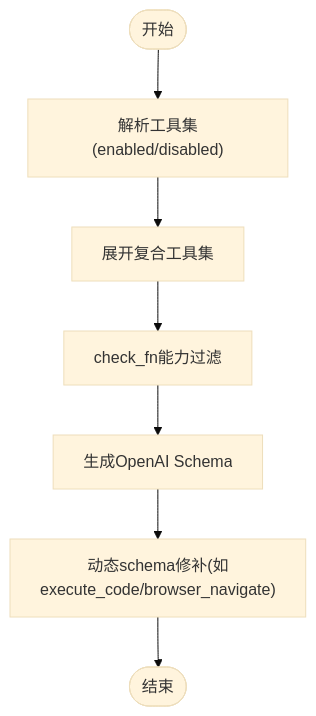
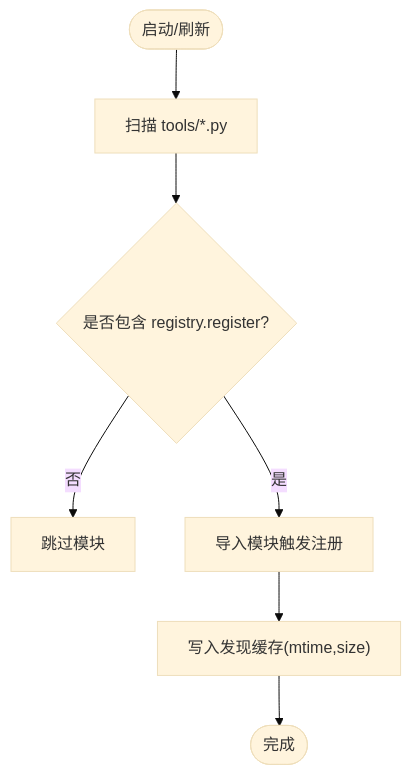
One commit to haolange/hermes-agent changed the third of 9 diagrams in .qoder/repowiki/zh/content/工具系统/工具系统.md. Above: the diagram before and after it, drawn with Mermaid (base theme). The commit also changed other lines of this file and 1206 other files, not shown here.

````diff
--- a/.qoder/repowiki/zh/content/工具系统/工具系统.md
+++ b/.qoder/repowiki/zh/content/工具系统/工具系统.md
@@ -193,9 +113,9 @@
 ```mermaid
 flowchart TD
-Start(["开始"]) --> Parse["解析工具集(enabled/disabled)"]
-Parse --> Expand["展开复合工具集"]
-Expand --> Filter["check_fn能力过滤"]
-Filter --> Schema["生成OpenAI Schema"]
-Schema --> Patch["动态schema修补(如execute_code/browser_navigate)"]
-Patch --> End(["结束"])
+Start(["启动/刷新"]) --> Scan["扫描 tools/*.py"]
+Scan --> Detect{"是否包含 registry.register?"}
+Detect -- 否 --> Skip["跳过模块"]
+Detect -- 是 --> Import["导入模块触发注册"]
+Import --> Cache["写入发现缓存(mtime,size)"]
+Cache --> End(["完成"])
 ```
````
